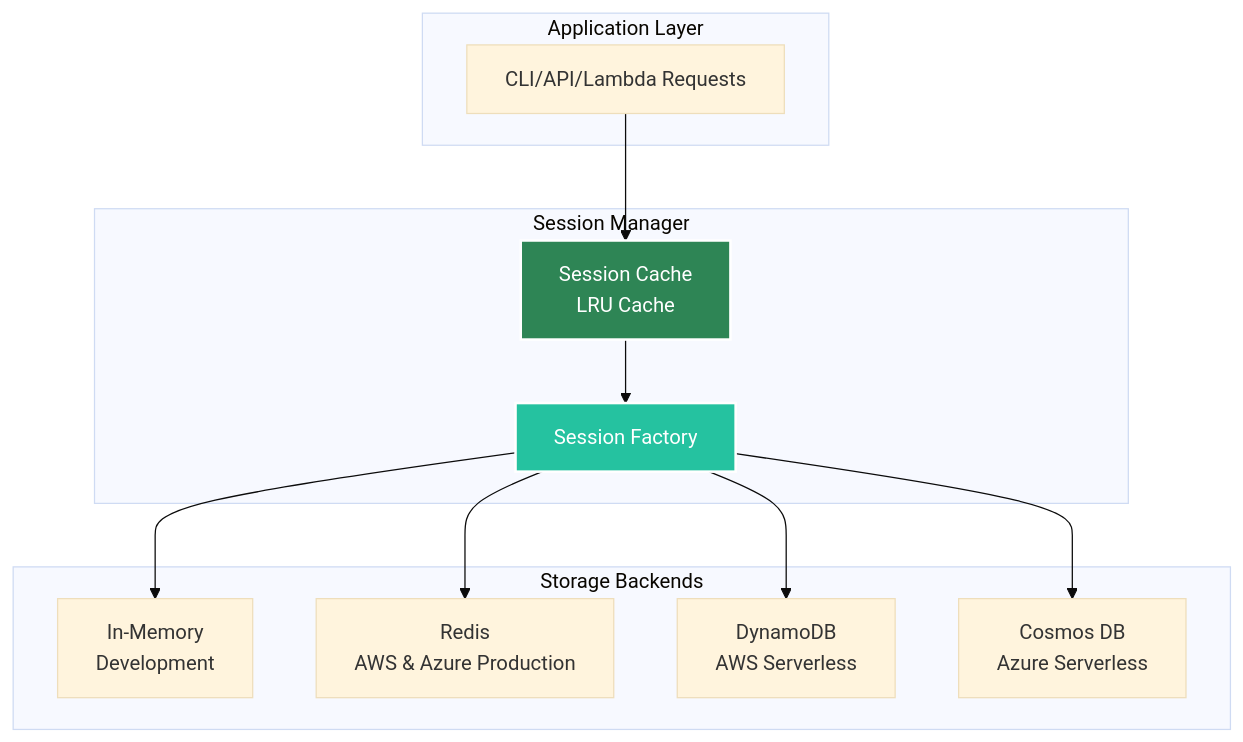
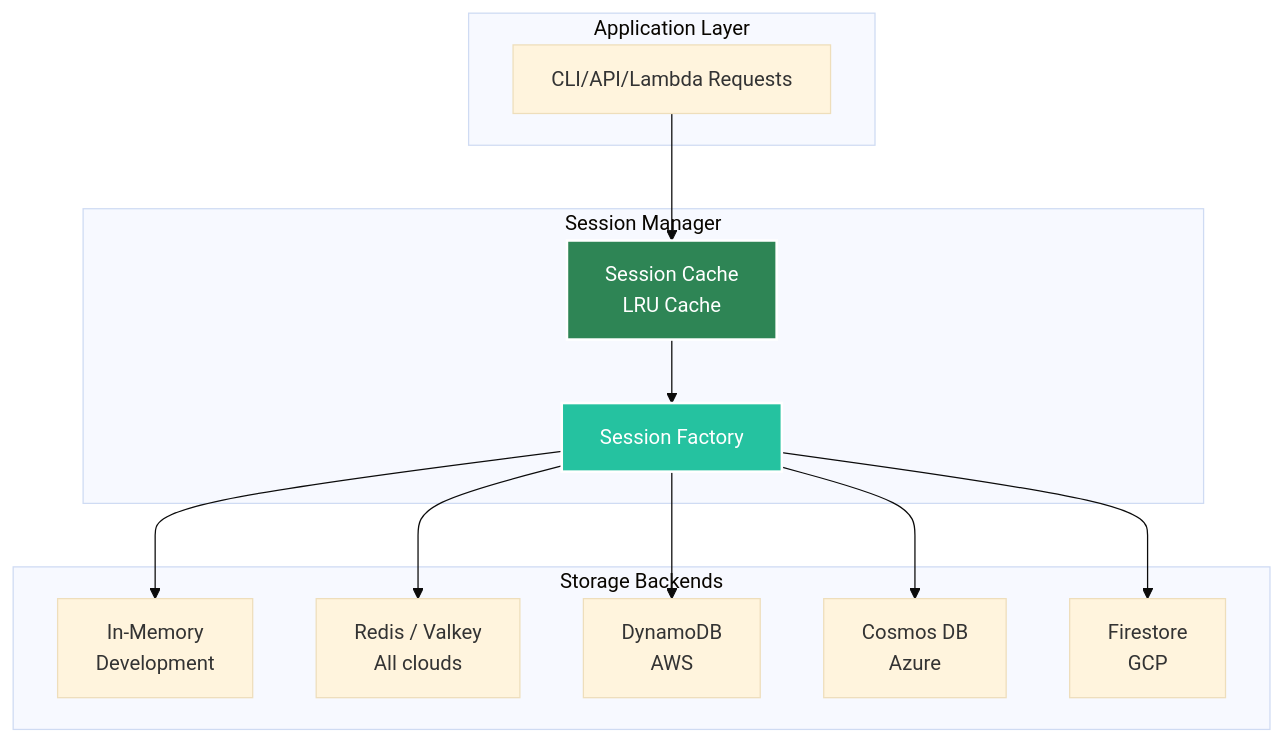
One commit to yaalalabs/agent-kernel changed the first of 2 diagrams in docs/docs/core-concepts/session.md. Above: the diagram before and after it, drawn with Mermaid (base theme). The commit also changed other lines of this file and 41 other files, not shown here.

````diff
--- a/docs/docs/core-concepts/session.md
+++ b/docs/docs/core-concepts/session.md
@@ -11,28 +11,30 @@
 ```mermaid
 graph TB
     subgraph "Application Layer"
         A[CLI/API/Lambda Requests]
     end
     
     subgraph "Session Manager"
         B[Session Cache<br/>LRU Cache]
         C[Session Factory]
     end
     
     subgraph "Storage Backends"
         D[In-Memory<br/>Development]
-        E[Redis<br/>AWS & Azure Production]
-        F[DynamoDB<br/>AWS Serverless]
-        G[Cosmos DB<br/>Azure Serverless]
+        E[Redis / Valkey<br/>All clouds]
+        F[DynamoDB<br/>AWS]
+        G[Cosmos DB<br/>Azure]
+        H[Firestore<br/>GCP]
     end
     
     A --> B
     B --> C
     C --> D
     C --> E
     C --> F
     C --> G
+    C --> H
     
     style B fill:#2e8555,stroke:#fff,stroke-width:2px,color:#fff
     style C fill:#25c2a0,stroke:#fff,stroke-width:2px,color:#fff
 ```
````
